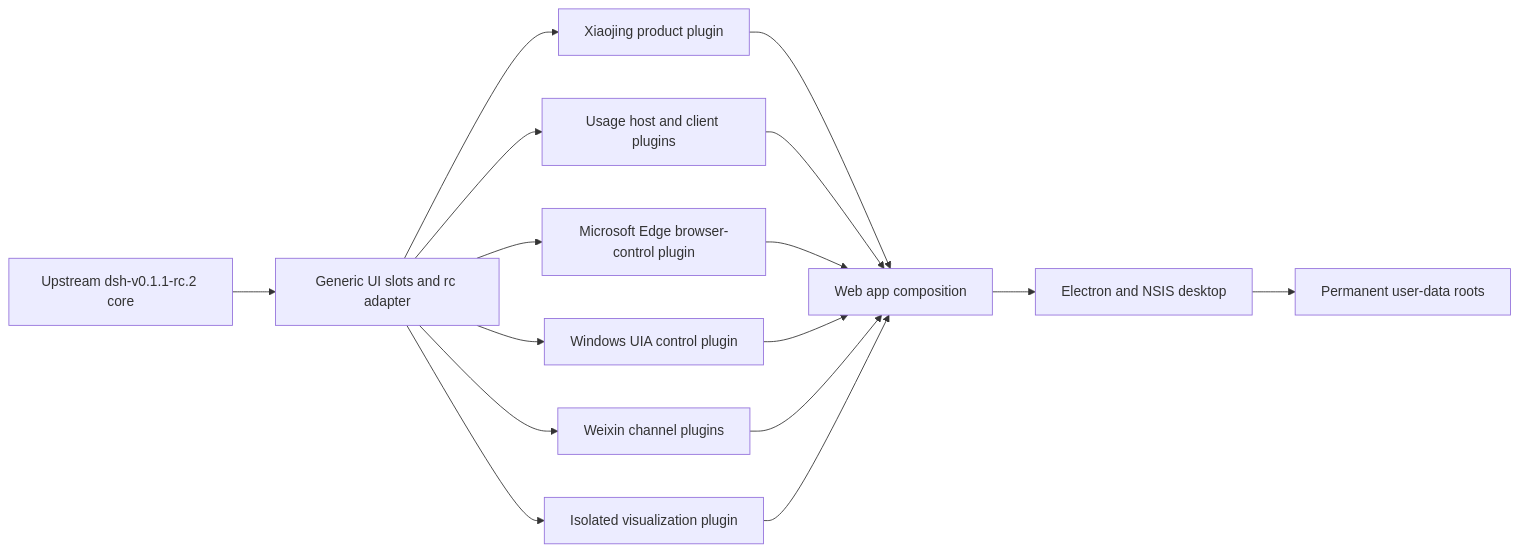
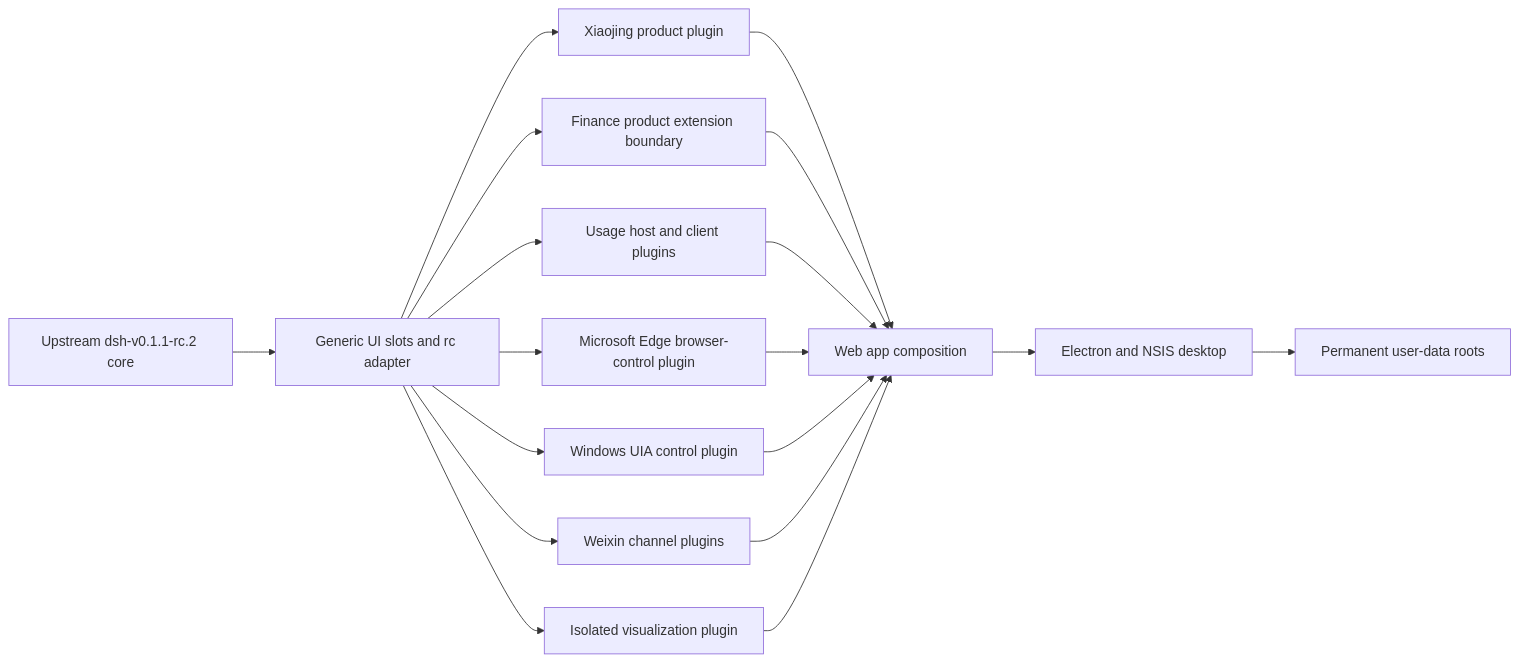
One commit to yyshi127/sudotech_agent_harness changed the diagram in docs/xiaojing-product-development.md. Above: the diagram before and after it, drawn with Mermaid. The commit also changed other lines of this file and 76 other files, not shown here.

````diff
--- a/docs/xiaojing-product-development.md
+++ b/docs/xiaojing-product-development.md
@@ -30,18 +32,20 @@
 ```mermaid
 flowchart LR
   Upstream["Upstream dsh-v0.1.1-rc.2 core"] --> Adapters["Generic UI slots and rc adapter"]
   Adapters --> Product["Xiaojing product plugin"]
+  Adapters --> Finance["Finance product extension boundary"]
   Adapters --> Usage["Usage host and client plugins"]
   Adapters --> Browser["Microsoft Edge browser-control plugin"]
   Adapters --> Computer["Windows UIA control plugin"]
   Adapters --> Weixin["Weixin channel plugins"]
   Adapters --> Visualize["Isolated visualization plugin"]
   Product --> Bundle["Web app composition"]
+  Finance --> Bundle
   Usage --> Bundle
   Browser --> Bundle
   Computer --> Bundle
   Weixin --> Bundle
   Visualize --> Bundle
   Bundle --> Desktop["Electron and NSIS desktop"]
   Desktop --> Data["Permanent user-data roots"]
 ```
````
